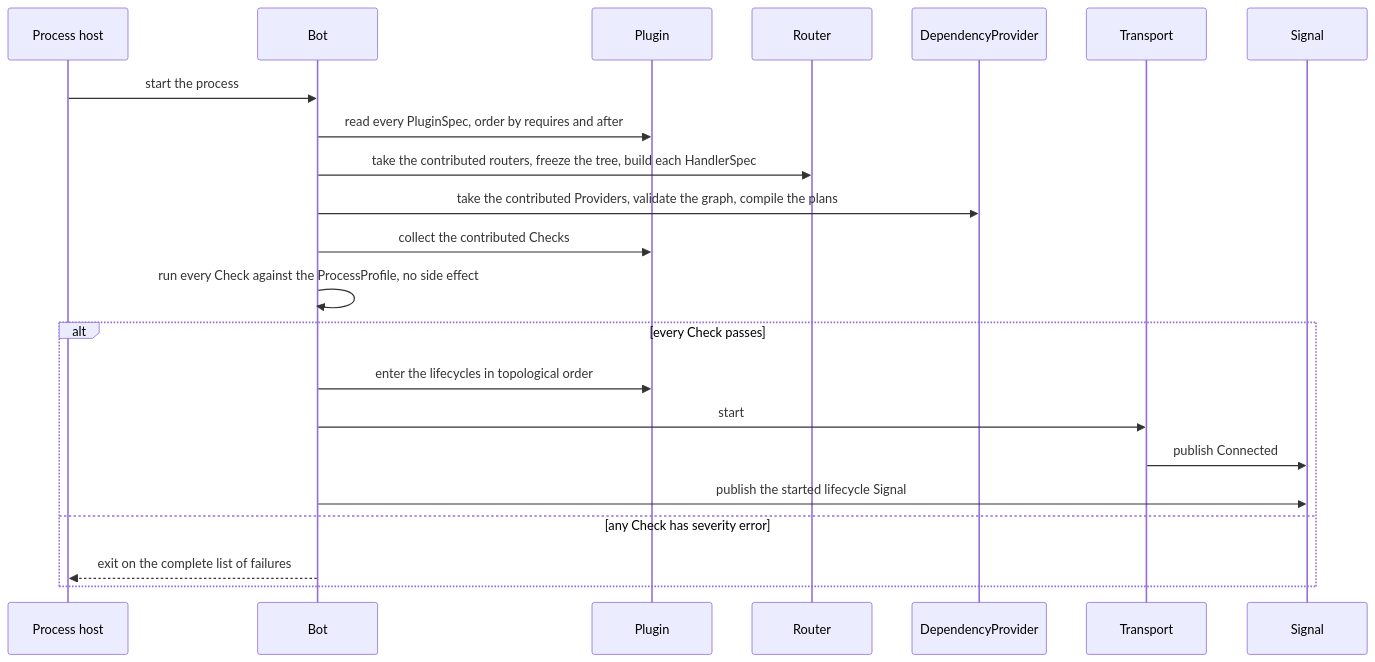
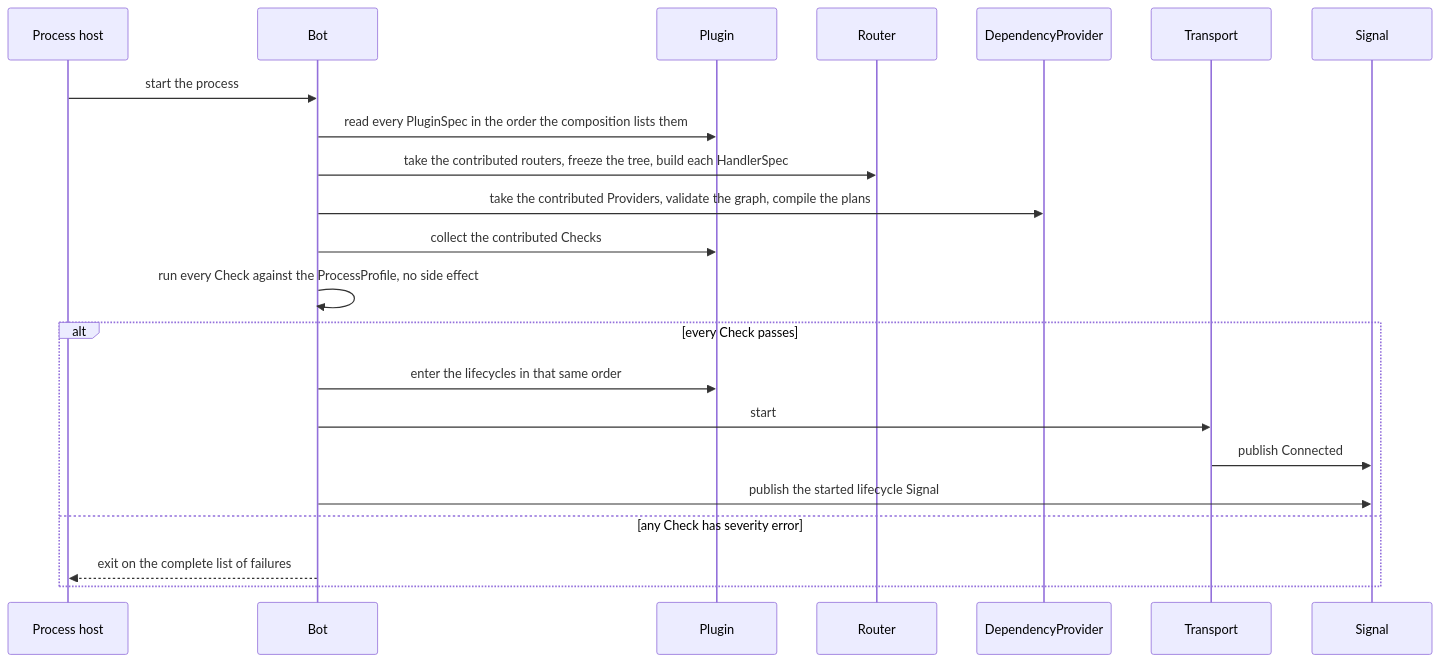
Before and after one commit to dmastapkovich/aiommbot: the first of 8 diagrams in docs/design/06-runtime-view.md, drawn with Mermaid. The commit also changed other lines of this file and 25 other files, not shown here.

````diff
--- a/docs/design/06-runtime-view.md
+++ b/docs/design/06-runtime-view.md
@@ -45,24 +45,24 @@
 ```mermaid
 sequenceDiagram
     participant HOST as Process host
     participant BOT as Bot
     participant PLG as Plugin
     participant RTR as Router
     participant DEP as DependencyProvider
     participant TRP as Transport
     participant SIG as Signal
     HOST->>BOT: start the process
-    BOT->>PLG: read every PluginSpec, order by requires and after
+    BOT->>PLG: read every PluginSpec in the order the composition lists them
     BOT->>RTR: take the contributed routers, freeze the tree, build each HandlerSpec
     BOT->>DEP: take the contributed Providers, validate the graph, compile the plans
     BOT->>PLG: collect the contributed Checks
     BOT->>BOT: run every Check against the ProcessProfile, no side effect
     alt every Check passes
-        BOT->>PLG: enter the lifecycles in topological order
+        BOT->>PLG: enter the lifecycles in that same order
         BOT->>TRP: start
         TRP->>SIG: publish Connected
         BOT->>SIG: publish the started lifecycle Signal
     else any Check has severity error
         BOT-->>HOST: exit on the complete list of failures
     end
 ```
````
